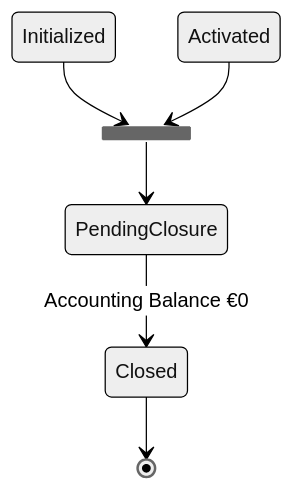
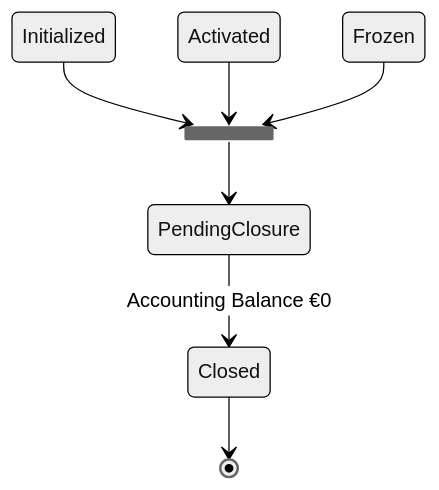
The first of 5 diagrams in docs/usecases/accounts/AccountClosure-v2.md (pomme-clic/s-money-documentation), drawn with Mermaid (neutral theme) before and after one commit.

````diff
--- a/docs/usecases/accounts/AccountClosure-v2.md
+++ b/docs/usecases/accounts/AccountClosure-v2.md
@@ -18,11 +18,12 @@
 ```mermaid
 stateDiagram
 
 state fork_state <<fork>>
 Initialized	--> fork_state
 Activated --> fork_state
+Frozen --> fork_state
 
 fork_state --> PendingClosure
 PendingClosure --> Closed: Accounting Balance €0
 Closed --> [*]
 ```
````
